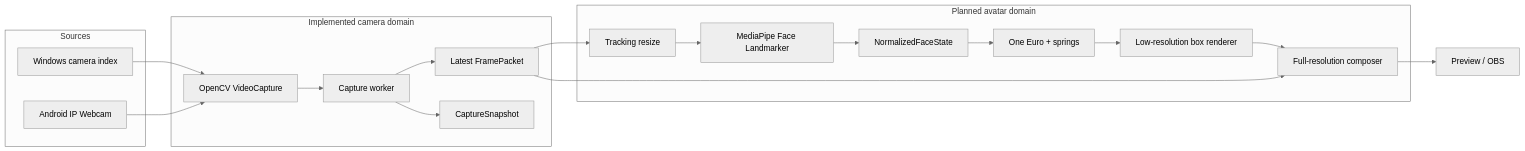
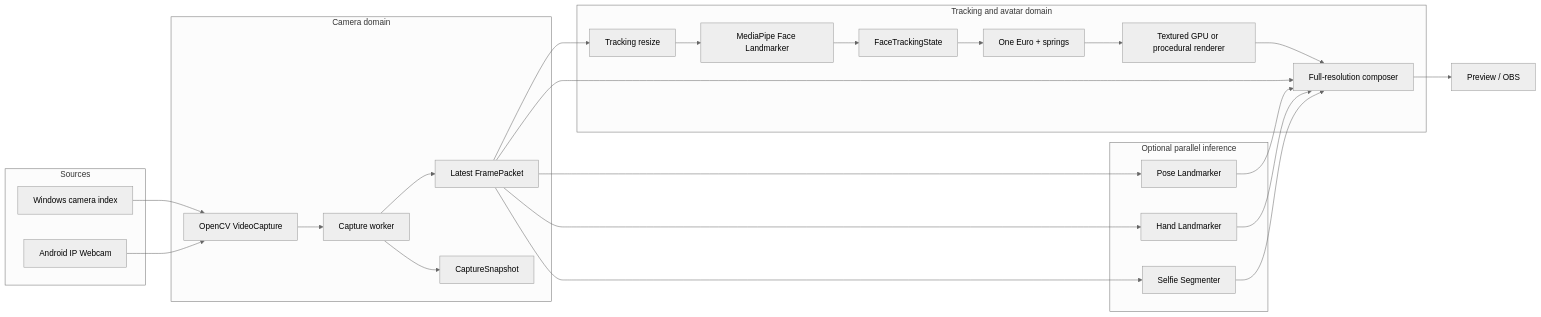
Before and after one commit to Zanark/KardboardCode-VTuber: the first of 3 diagrams in docs/02-architecture/system-architecture.md, drawn with Mermaid (neutral theme). The commit also changed other lines of this file and 58 other files, not shown here.

````diff
--- a/docs/02-architecture/system-architecture.md
+++ b/docs/02-architecture/system-architecture.md
@@ -9,29 +14,40 @@
 ```mermaid
 flowchart LR
     subgraph Sources
       Local["Windows camera index"]
       Phone["Android IP Webcam"]
     end
-    subgraph Implemented["Implemented camera domain"]
+    subgraph Capture["Camera domain"]
       Open["OpenCV VideoCapture"]
       Worker["Capture worker"]
       Latest["Latest FramePacket"]
       Diag["CaptureSnapshot"]
     end
-    subgraph Planned["Planned avatar domain"]
+    subgraph Avatar["Tracking and avatar domain"]
       Resize["Tracking resize"]
       MP["MediaPipe Face Landmarker"]
-      Normalize["NormalizedFaceState"]
+      Normalize["FaceTrackingState"]
       Smooth["One Euro + springs"]
-      PS1["Low-resolution box renderer"]
+      PS1["Textured GPU or procedural renderer"]
       Compose["Full-resolution composer"]
+    end
+    subgraph Optional["Optional parallel inference"]
+      Pose["Pose Landmarker"]
+      Hands["Hand Landmarker"]
+      Person["Selfie Segmenter"]
     end
     Output["Preview / OBS"]
     Local --> Open
     Phone --> Open
     Open --> Worker --> Latest
     Worker --> Diag
     Latest --> Resize --> MP --> Normalize --> Smooth --> PS1 --> Compose
     Latest --> Compose
+    Latest --> Pose
+    Latest --> Hands
+    Latest --> Person
+    Pose --> Compose
+    Hands --> Compose
+    Person --> Compose
     Compose --> Output
 ```
````
